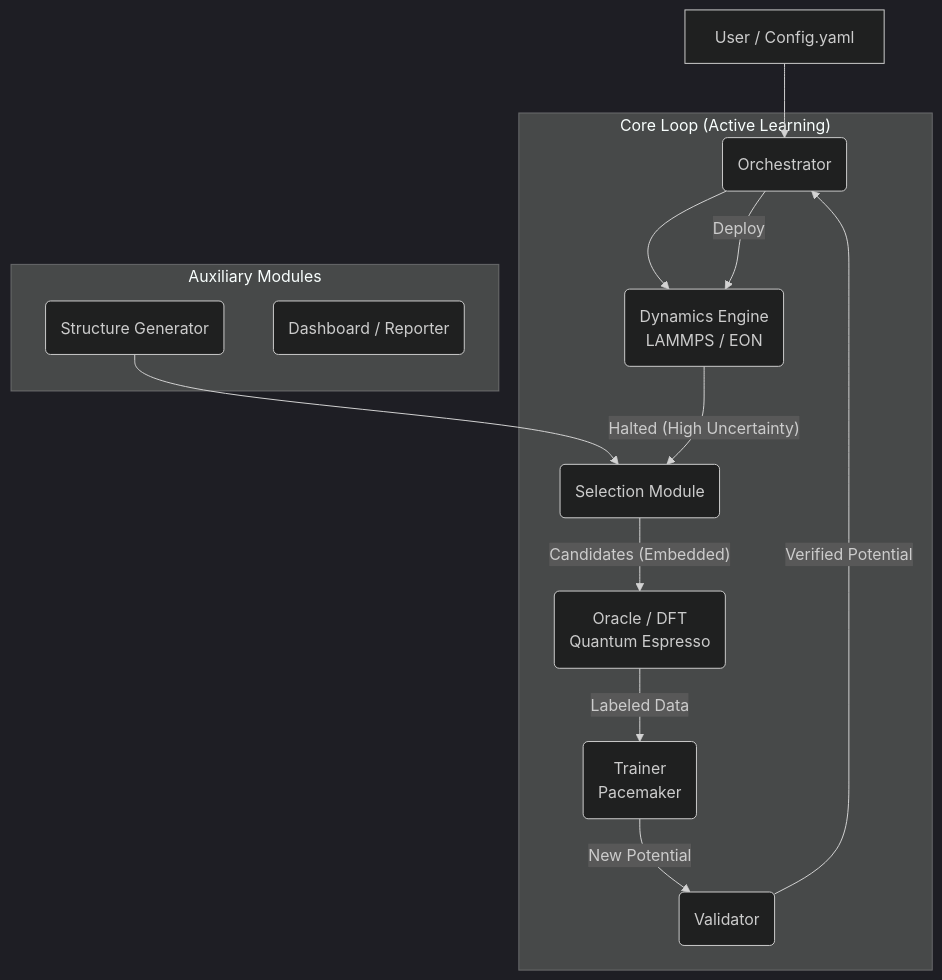
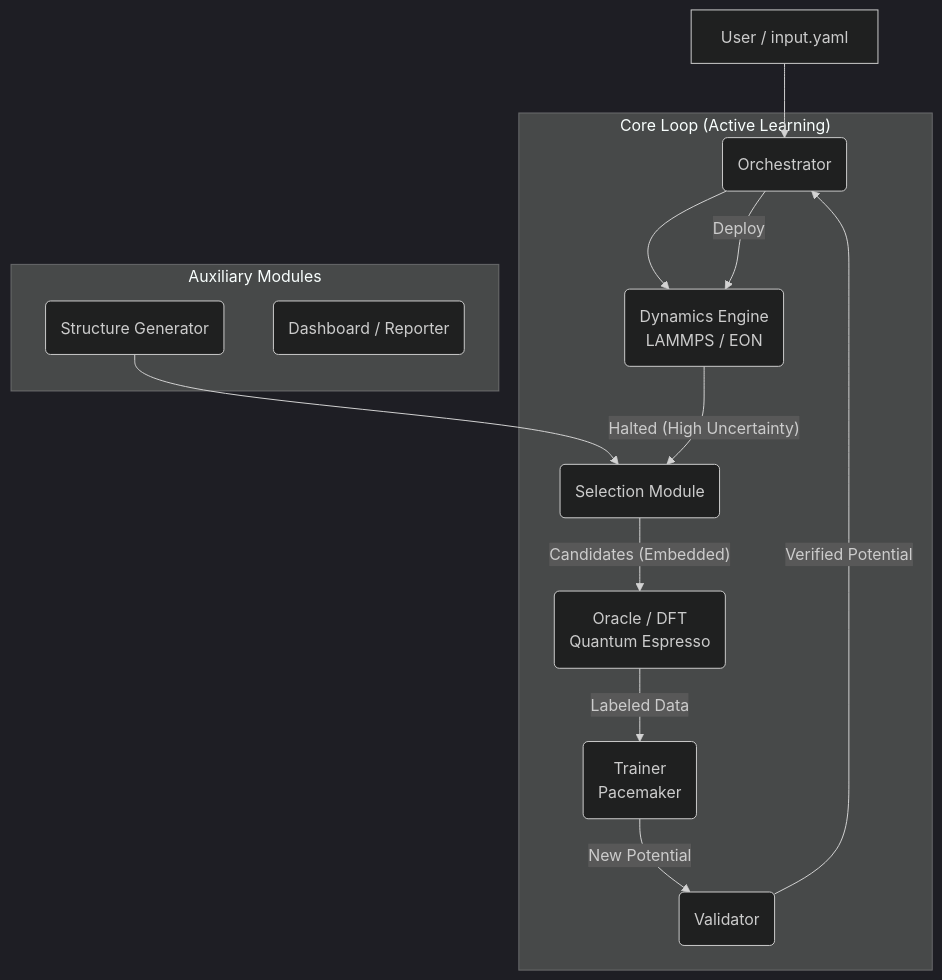
Before and after one commit to tsuyama1990/mlip_pipeline: the diagram in README.md, drawn with Mermaid (dark theme). The commit also changed other lines of this file and 11 other files, not shown here.

````diff
--- a/README.md
+++ b/README.md
@@ -23,19 +23,19 @@
 ```mermaid
 graph TD
-    User[User / Config.yaml] --> Orch(Orchestrator)
+    User[User / input.yaml] --> Orch(Orchestrator)
 
     subgraph "Core Loop (Active Learning)"
         Orch --> Dyn(Dynamics Engine<br/>LAMMPS / EON)
         Dyn -- "Halted (High Uncertainty)" --> Sel(Selection Module)
         Sel -- "Candidates (Embedded)" --> Oracle(Oracle / DFT<br/>Quantum Espresso)
         Oracle -- "Labeled Data" --> Train(Trainer<br/>Pacemaker)
         Train -- "New Potential" --> Val(Validator)
         Val -- "Verified Potential" --> Orch
         Orch -- "Deploy" --> Dyn
     end
 
     subgraph "Auxiliary Modules"
         Gen(Structure Generator) --> Sel
         Dash(Dashboard / Reporter)
     end
 ```
````
